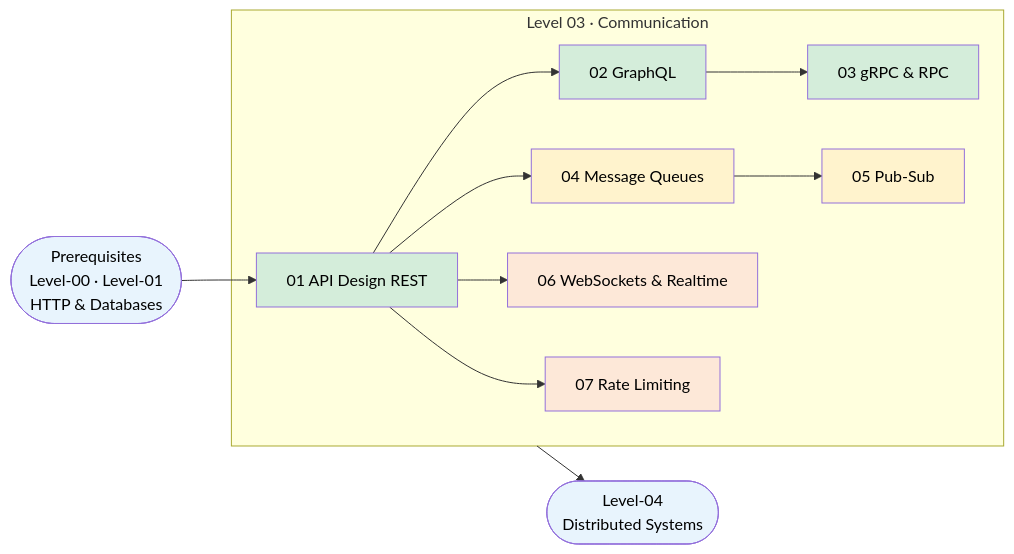
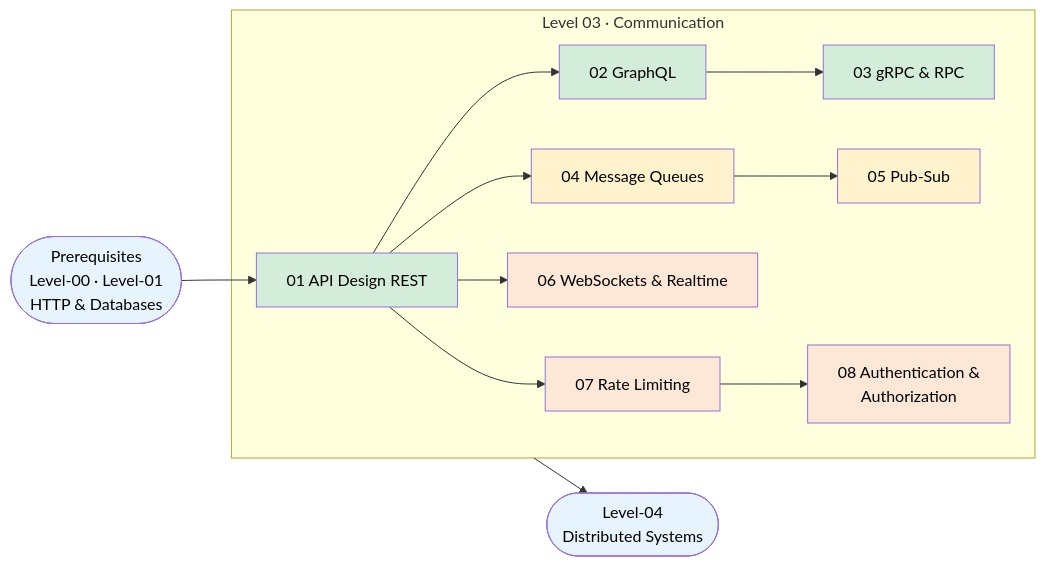
The diagram in Level-03-Communication/README.md (Ankan1998/learn-system-design), drawn with Mermaid before and after one commit. The commit also changed other lines of this file and 2 other files, not shown here.

````diff
--- a/Level-03-Communication/README.md
+++ b/Level-03-Communication/README.md
@@ -23,25 +24,27 @@
 ```mermaid
 flowchart LR
     A([Prerequisites<br/>Level-00 · Level-01<br/>HTTP & Databases]) --> B
 
     subgraph L3["Level 03 · Communication"]
         B[01 API Design REST] --> C[02 GraphQL]
         C --> D[03 gRPC & RPC]
         B --> E[04 Message Queues]
         E --> F[05 Pub-Sub]
         B --> G[06 WebSockets & Realtime]
         B --> H[07 Rate Limiting]
+        H --> I[08 Authentication &<br/>Authorization]
     end
 
     L3 --> Z([Level-04<br/>Distributed Systems])
 
     style A fill:#e8f4fd,color:#000
     style Z fill:#e8f4fd,color:#000
     style B fill:#d4edda,color:#000
     style C fill:#d4edda,color:#000
     style D fill:#d4edda,color:#000
     style E fill:#fff3cd,color:#000
     style F fill:#fff3cd,color:#000
     style G fill:#fde8d8,color:#000
     style H fill:#fde8d8,color:#000
+    style I fill:#fde8d8,color:#000
 ```
````
